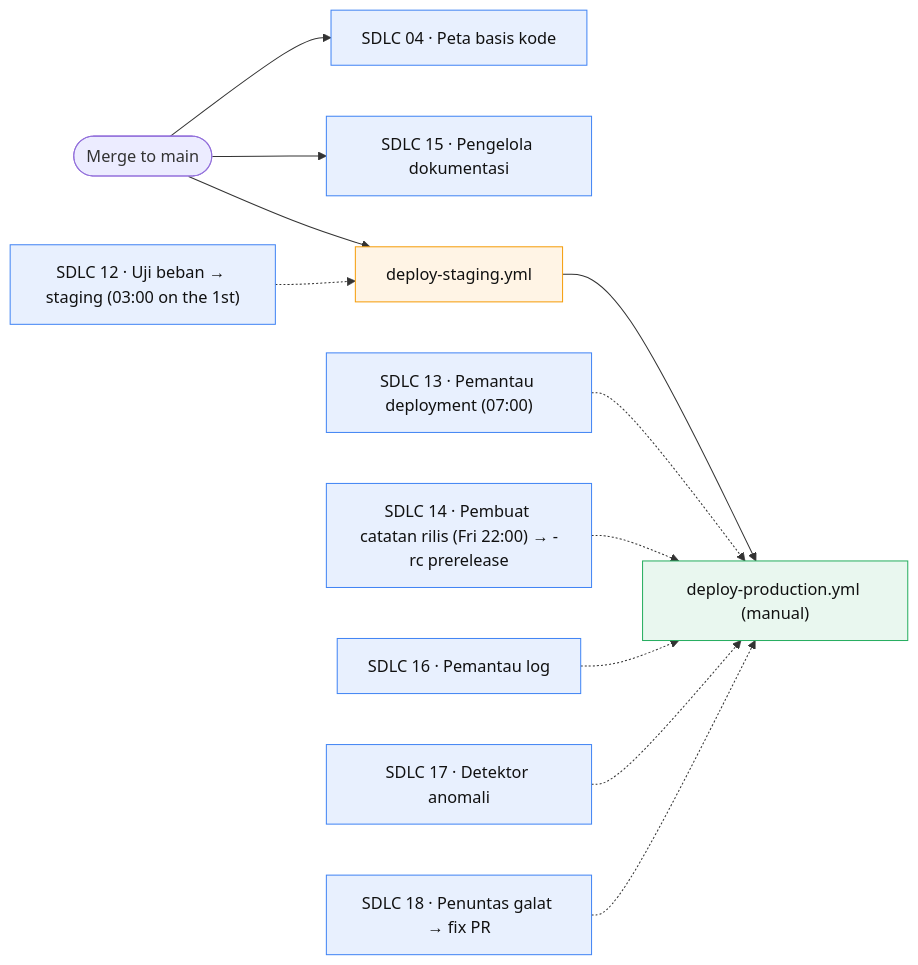
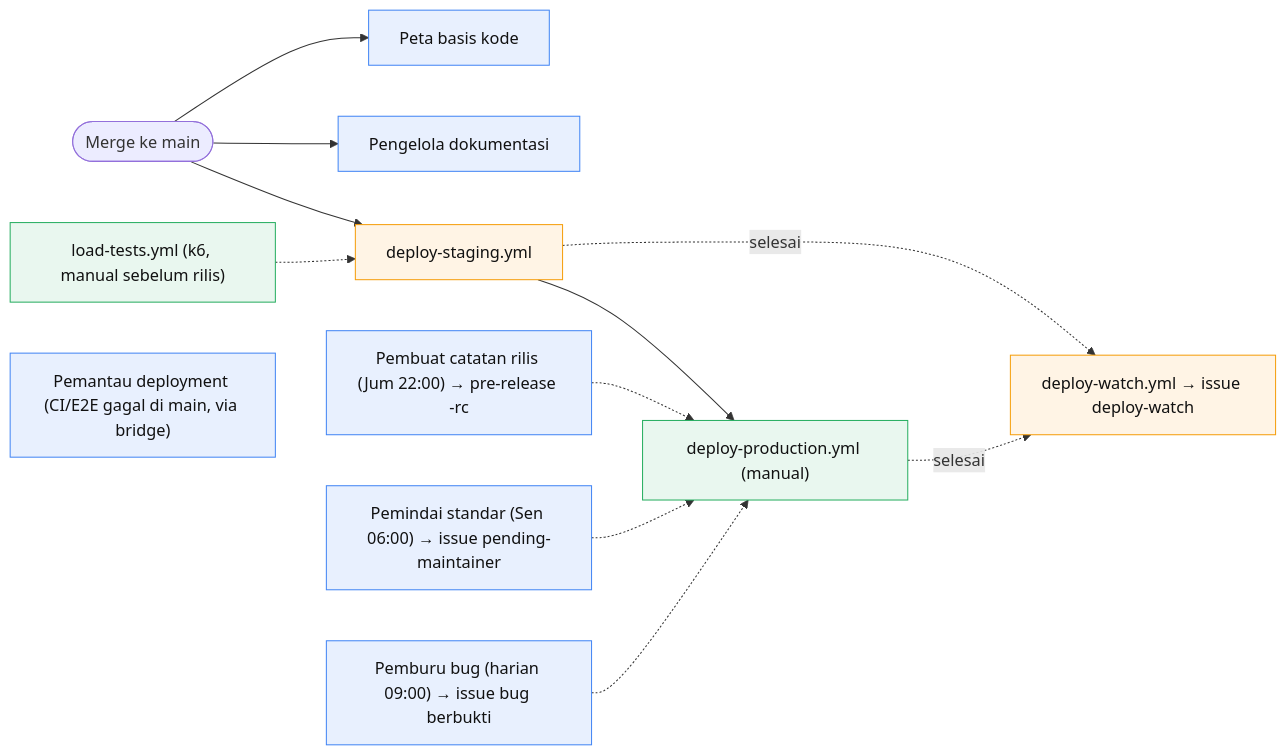
One commit to ypcipansor/cipansor changed the fifth of 6 diagrams in docs/SDLC-FLOW.md. Above: the diagram before and after it, drawn with Mermaid. The commit also changed other lines of this file and 21 other files, not shown here.

````diff
--- a/docs/SDLC-FLOW.md
+++ b/docs/SDLC-FLOW.md
@@ -139,18 +401,19 @@
 ```mermaid
 flowchart LR
   classDef cloud fill:#e8f0fe,stroke:#4285f4,color:#111;
   classDef gh fill:#fff4e5,stroke:#f59e0b,color:#111;
   classDef human fill:#e9f7ef,stroke:#27ae60,color:#111;
 
-  MG([Merge to main]) --> C4["SDLC 04 · Peta basis kode"]:::cloud
-  MG --> C15["SDLC 15 · Pengelola dokumentasi"]:::cloud
+  MG([Merge ke main]) --> C3["Peta basis kode"]:::cloud
+  MG --> C14["Pengelola dokumentasi"]:::cloud
   MG --> STG["deploy-staging.yml"]:::gh
   STG --> PROD["deploy-production.yml (manual)"]:::human
 
-  C12["SDLC 12 · Uji beban → staging (03:00 on the 1st)"]:::cloud -.-> STG
-  C13["SDLC 13 · Pemantau deployment (07:00)"]:::cloud -.-> PROD
-  C14["SDLC 14 · Pembuat catatan rilis (Fri 22:00) → -rc prerelease"]:::cloud -.-> PROD
-  C16["SDLC 16 · Pemantau log"]:::cloud -.-> PROD
-  C17["SDLC 17 · Detektor anomali"]:::cloud -.-> PROD
-  C18["SDLC 18 · Penuntas galat → fix PR"]:::cloud -.-> PROD
+  STG -. selesai .-> DW["deploy-watch.yml → issue deploy-watch"]:::gh
+  PROD -. selesai .-> DW
+  LT["load-tests.yml (k6, manual sebelum rilis)"]:::human -.-> STG
+  C12["Pemantau deployment (CI/E2E gagal di main, via bridge)"]:::cloud
+  C13["Pembuat catatan rilis (Jum 22:00) → pre-release -rc"]:::cloud -.-> PROD
+  C20["Pemindai standar (Sen 06:00) → issue pending-maintainer"]:::cloud -.-> PROD
+  C19["Pemburu bug (harian 09:00) → issue bug berbukti"]:::cloud -.-> PROD
 ```
````
